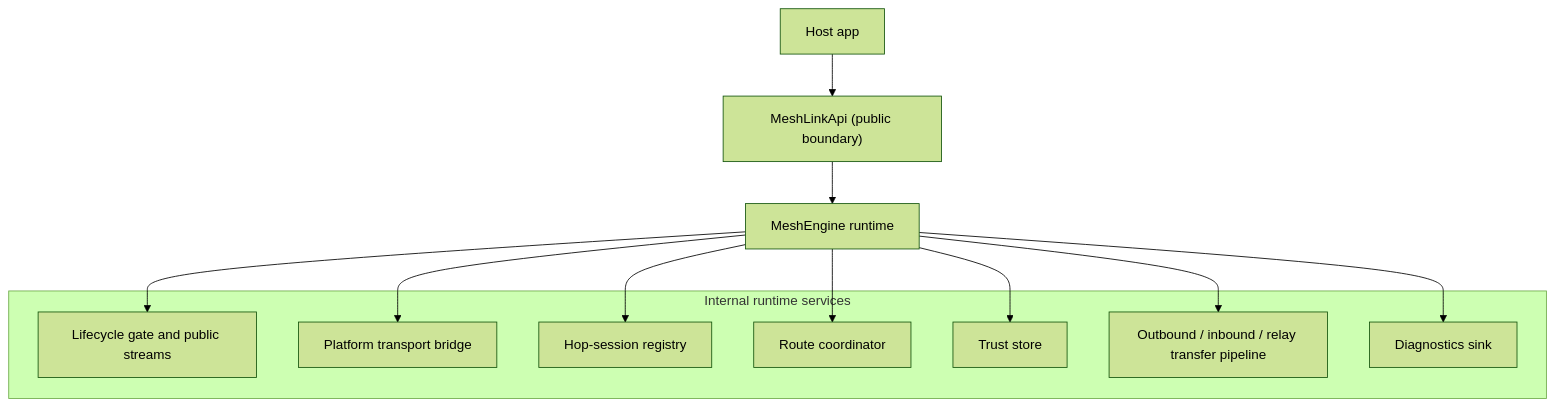
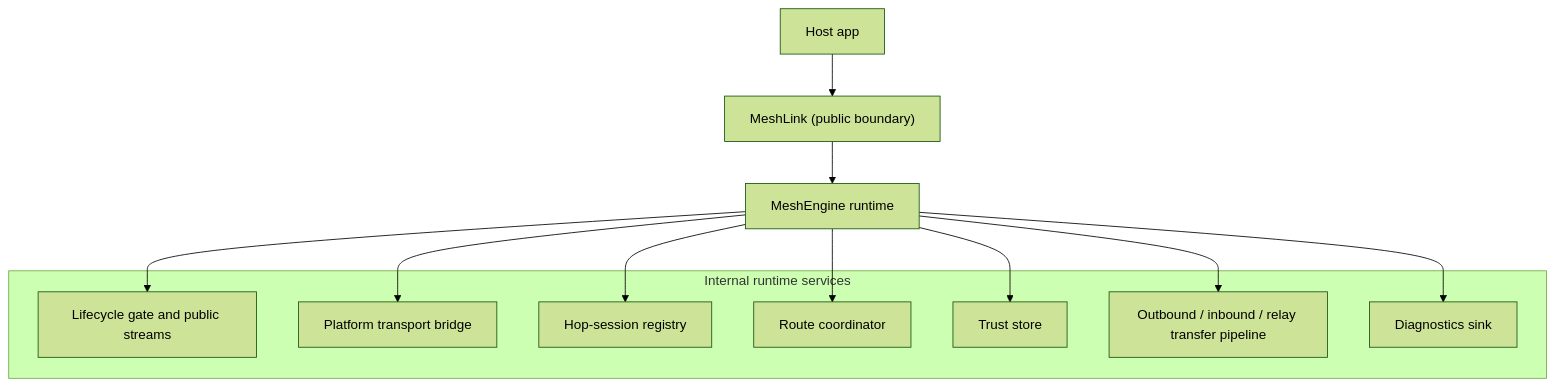
The first of 7 diagrams in docs/explanation/about-how-meshlink-works.md (trancee/MeshLink), drawn with Mermaid (forest theme) before and after one commit. The commit also changed 36 other files, not shown here.

Commit message:
refactor(api): rename MeshLinkApi to MeshLink

````diff
--- a/docs/explanation/about-how-meshlink-works.md
+++ b/docs/explanation/about-how-meshlink-works.md
@@ -20,23 +20,23 @@
 ```mermaid
 flowchart TD
-    Host["Host app"] --> Api["MeshLinkApi (public boundary)"]
+    Host["Host app"] --> Api["MeshLink (public boundary)"]
     Api --> Engine["MeshEngine runtime"]
 
     subgraph Services["Internal runtime services"]
         Streams["Lifecycle gate and public streams"]
         Transport["Platform transport bridge"]
         Sessions["Hop-session registry"]
         Routing["Route coordinator"]
         Trust["Trust store"]
         Transfers["Outbound / inbound / relay transfer pipeline"]
         Diagnostics["Diagnostics sink"]
     end
 
     Engine --> Streams
     Engine --> Transport
     Engine --> Sessions
     Engine --> Routing
     Engine --> Trust
     Engine --> Transfers
     Engine --> Diagnostics
 ```
````
